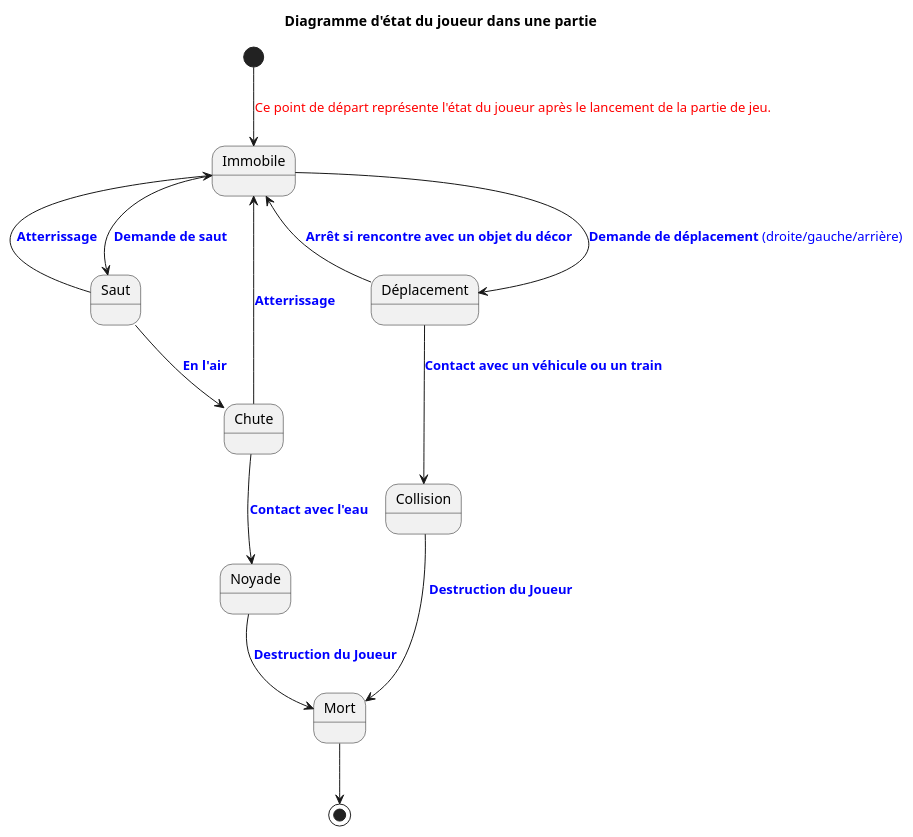
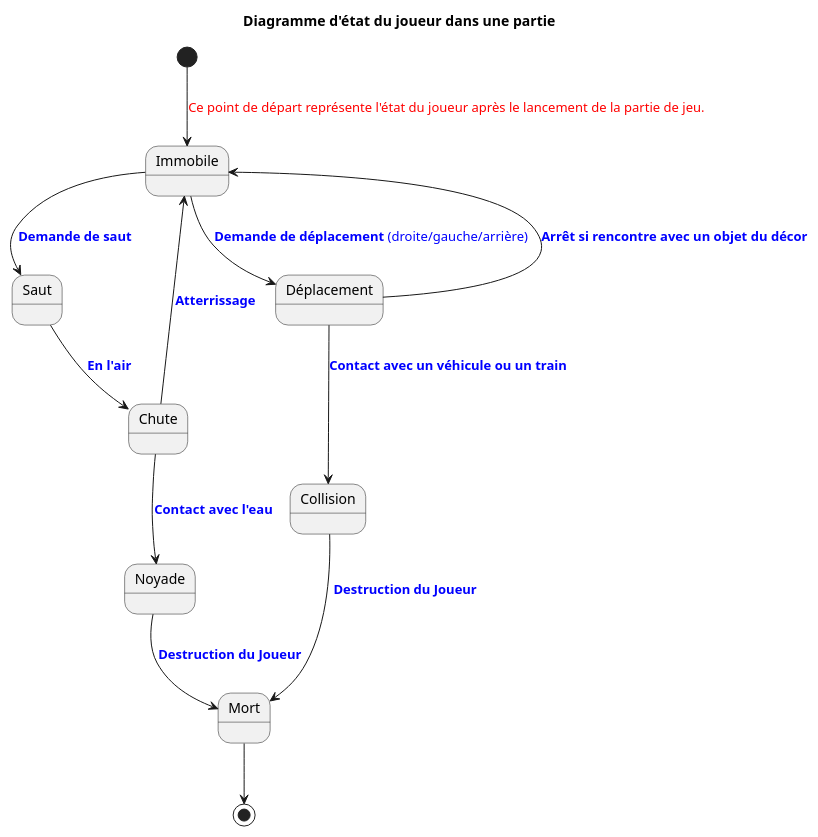
Before and after one commit to Jean-Marc-Fan-Club-VIP/crossy-vosges: the diagram in Conception/state_diagram.puml, drawn with PlantUML.

Commit message:
update state diagram

```diff
--- a/Conception/state_diagram.puml
+++ b/Conception/state_diagram.puml
@@ -1,24 +1,23 @@
 @startuml
 title Diagramme d'état du joueur dans une partie
 
 [*] --> Immobile : <color:red>Ce point de départ représente l'état du joueur après le lancement de la partie de jeu.</color>
 
 Immobile --> Saut : <color:blue>**Demande de saut**</color>
 Immobile --> Déplacement : <color:blue>**Demande de déplacement **(droite/gauche/arrière)</color>
 
-Saut --> Immobile : <color:blue>**Atterrissage**</color>
 Saut --> Chute : <color:blue>**En l'air**</color>
 
 Chute --> Immobile : <color:blue>**Atterrissage**</color>
 Chute --> Noyade : <color:blue>**Contact avec l'eau**</color>
 
 Noyade --> Mort : <color:blue>**Destruction du Joueur**</color>
 
 Déplacement --> Immobile : <color:blue>**Arrêt si rencontre avec un objet du décor**</color>
 Déplacement --> Collision : <color:blue>**Contact avec un véhicule ou un train**</color>
 
 Collision --> Mort : <color:blue>** Destruction du Joueur **</color>
 
 Mort --> [*]
 
 @enduml
```
